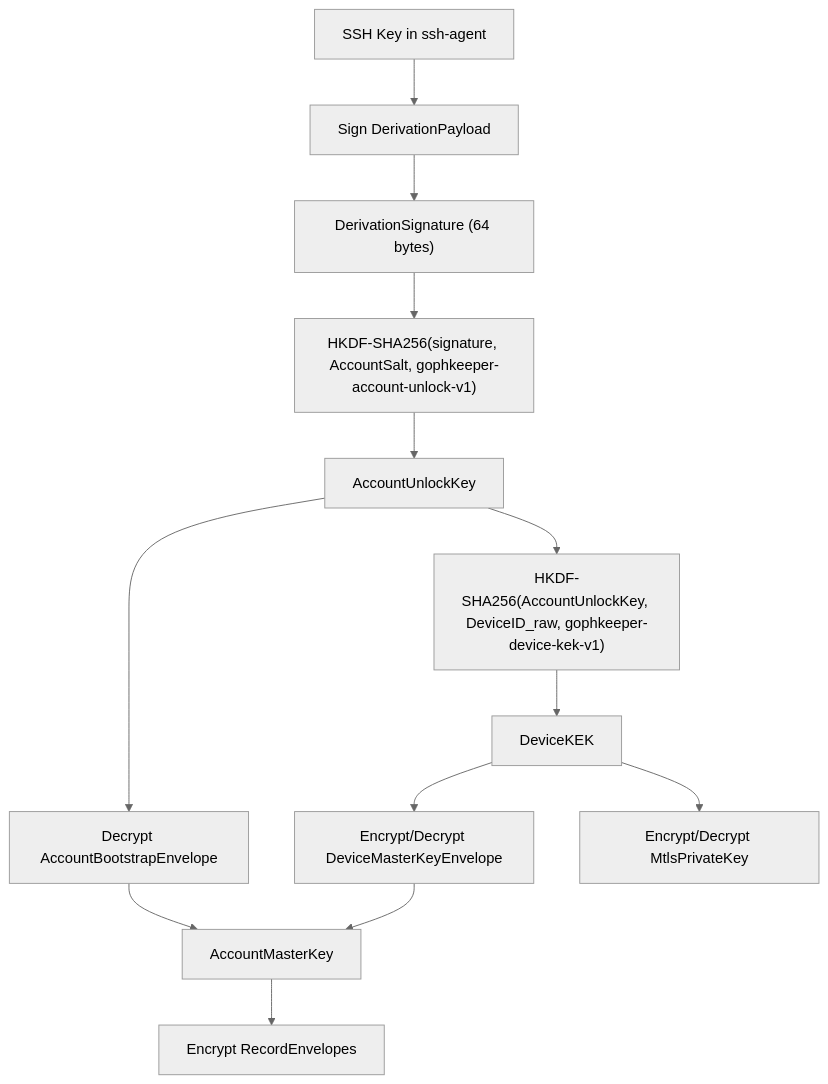
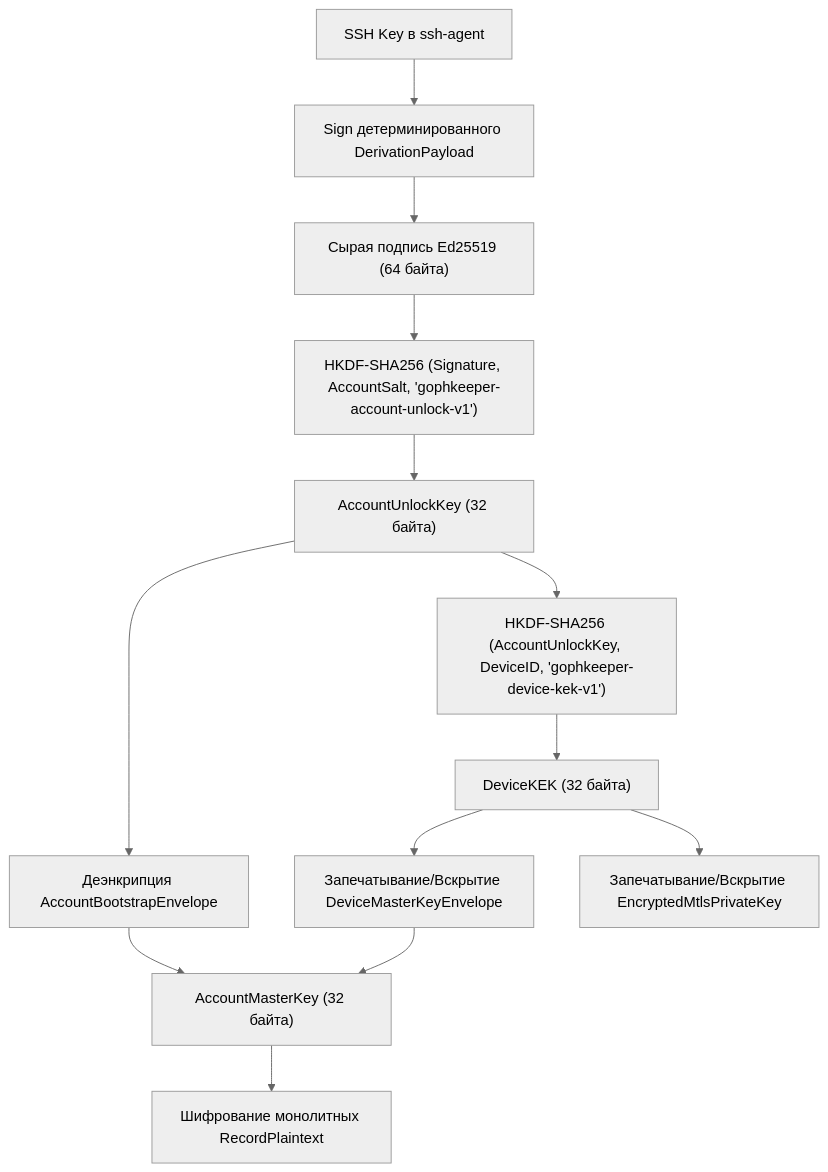
One commit to IlVin/GophKeeper changed the first of 2 diagrams in SPEC.md. Above: the diagram before and after it, drawn with Mermaid (neutral theme). The commit also changed other lines of this file, not shown here.

````diff
--- a/SPEC.md
+++ b/SPEC.md
@@ -171,16 +112,17 @@
 ```mermaid
 flowchart TD
-    A["SSH Key in ssh-agent"] --> B["Sign DerivationPayload"]
-    B --> C["DerivationSignature (64 bytes)"]
-    C --> D["HKDF-SHA256(signature, AccountSalt, gophkeeper-account-unlock-v1)"]
-    D --> E["AccountUnlockKey"]
-    E --> F["Decrypt AccountBootstrapEnvelope"]
-    F --> G["AccountMasterKey"]
-    G --> H["Encrypt RecordEnvelopes"]
+    A["SSH Key в ssh-agent"] --> B["Sign детерминированного DerivationPayload"]
+    B --> C["Сырая подпись Ed25519 (64 байта)"]
+    C --> D["HKDF-SHA256 (Signature, AccountSalt, 'gophkeeper-account-unlock-v1')"]
+    D --> E["AccountUnlockKey (32 байта)"]
+    
+    E --> F["Деэнкрипция AccountBootstrapEnvelope"]
+    F --> G["AccountMasterKey (32 байта)"]
+    G --> H["Шифрование монолитных RecordPlaintext"]
 
-    E --> I["HKDF-SHA256(AccountUnlockKey, DeviceID_raw, gophkeeper-device-kek-v1)"]
-    I --> J["DeviceKEK"]
-    J --> K["Encrypt/Decrypt DeviceMasterKeyEnvelope"]
-    J --> L["Encrypt/Decrypt MtlsPrivateKey"]
+    E --> I["HKDF-SHA256 (AccountUnlockKey, DeviceID, 'gophkeeper-device-kek-v1')"]
+    I --> J["DeviceKEK (32 байта)"]
+    J --> K["Запечатывание/Вскрытие DeviceMasterKeyEnvelope"]
+    J --> L["Запечатывание/Вскрытие EncryptedMtlsPrivateKey"]
     K --> G
 ```
````
